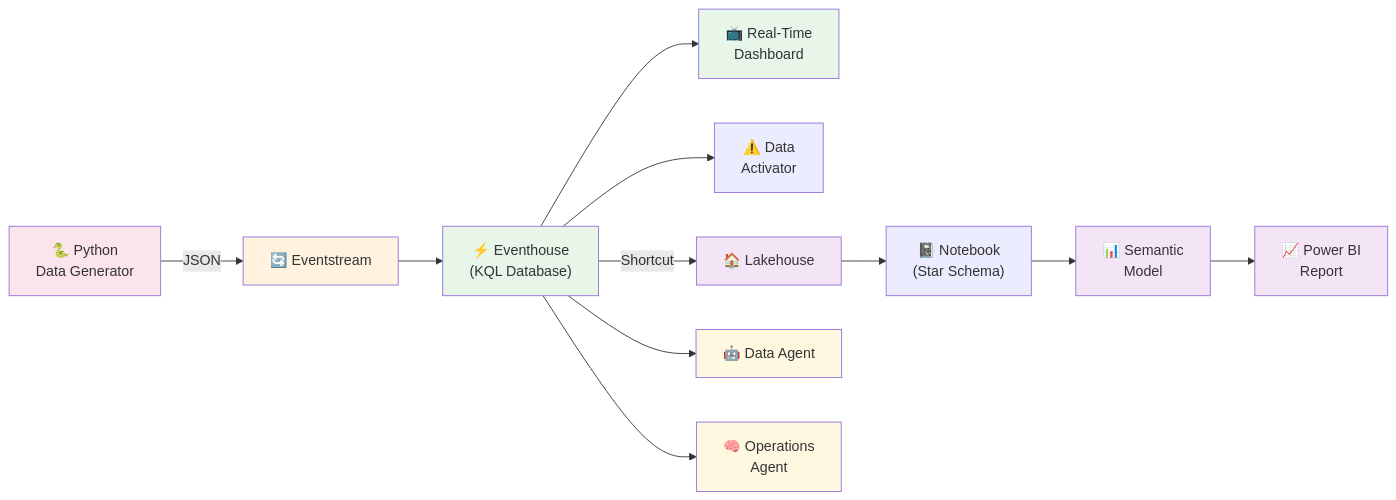
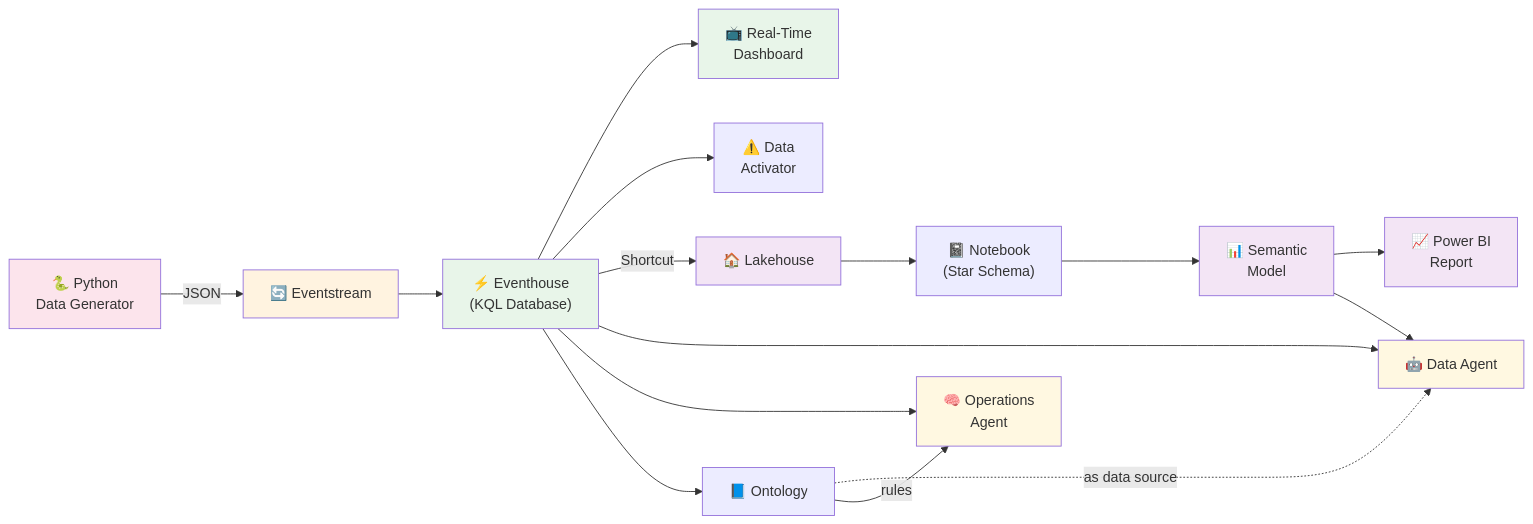
Before and after one commit to edhotp/RTI_DEMO_CONTOSO_MINING: the diagram in Tutorial_Implementation_Guide.md, drawn with Mermaid. The commit also changed other lines of this file and 1 other file, not shown here.

First line of the commit message:
fix: validate & correct Data Agent vs Operations Agent architecture per MS Learn docs

````diff
--- a/Tutorial_Implementation_Guide.md
+++ b/Tutorial_Implementation_Guide.md
@@ -10,23 +10,27 @@
 ```mermaid
 flowchart LR
     A["🐍 Python\nData Generator"] -->|JSON| B["🔄 Eventstream"]
     B --> C["⚡ Eventhouse\n(KQL Database)"]
     C --> D["📺 Real-Time\nDashboard"]
     C --> E["⚠️ Data\nActivator"]
     C -->|Shortcut| F["🏠 Lakehouse"]
     F --> G["📓 Notebook\n(Star Schema)"]
     G --> H["📊 Semantic\nModel"]
     H --> I["📈 Power BI\nReport"]
     C --> J["🤖 Data Agent"]
+    H --> J
     C --> K["🧠 Operations\nAgent"]
+    C --> L["📘 Ontology"]
+    L -.->|"as data source"| J
+    L -->|"rules"| K
 
     style A fill:#FCE4EC
     style B fill:#FFF3E0
     style C fill:#E8F5E9
     style D fill:#E8F5E9
     style F fill:#F3E5F5
     style H fill:#F3E5F5
     style I fill:#F3E5F5
     style J fill:#FFF8E1
     style K fill:#FFF8E1
 ```
````
